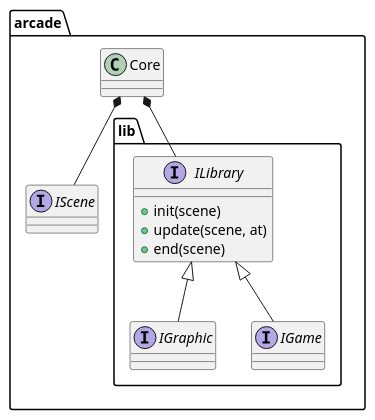
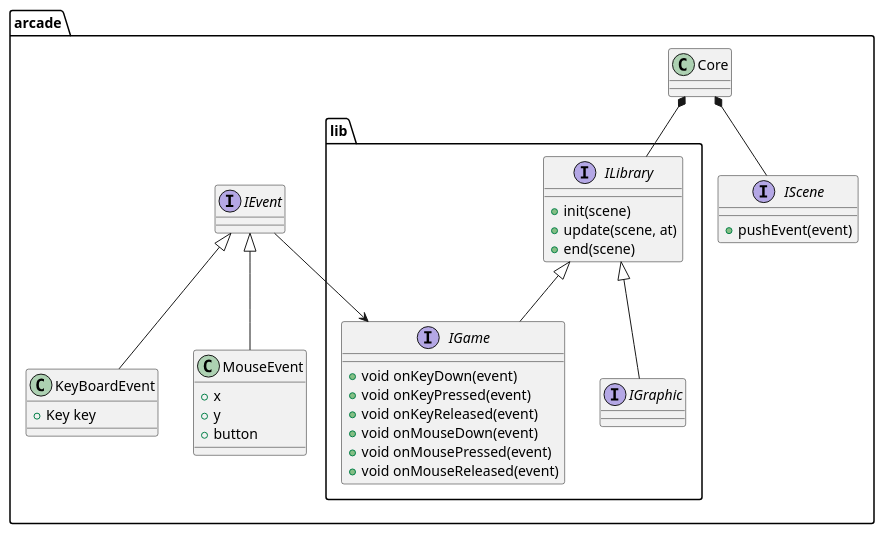
The diagram in doc/src/class_arcade.pu (Pebloop/Arcade-Toulouse), drawn with PlantUML before and after one commit. The commit also changed 6 other files, not shown here.

Commit message:
[ADD] pushEvent & IEvent

```diff
--- a/doc/src/class_arcade.pu
+++ b/doc/src/class_arcade.pu
@@ -1,33 +1,60 @@
 @startuml core
 
 set namespaceSeparator ::
 
 namespace arcade {
     class Core
 
     namespace lib {
 
         interface ILibrary {
             + init(scene)
             + update(scene, at)
             + end(scene)
         }
 
         interface IGraphic {
         }
 
         interface IGame {
+            + void onKeyDown(event)
+            + void onKeyPressed(event)
+            + void onKeyReleased(event)
+            + void onMouseDown(event)
+            + void onMousePressed(event)
+            + void onMouseReleased(event)
         }
 
     }
 
-    interface IScene
+    interface IScene {
+        + pushEvent(event)
+    }
+
+    interface IEvent {
+
+    }
+
+    class KeyBoardEvent {
+        + Key key
+    }
+
+    class MouseEvent {
+        + x
+        + y
+        + button
+    }
+
+    arcade::KeyBoardEvent -up-|> arcade::IEvent
+    arcade::MouseEvent -up-|> arcade::IEvent
+
+    arcade::IEvent --> arcade::lib::IGame
 
     arcade::lib::ILibrary -up-* arcade::Core
     arcade::lib::IGraphic -up-|> arcade::lib::ILibrary
     arcade::lib::IGame -up-|> arcade::lib::ILibrary
     arcade::IScene -up-* arcade::Core
 
 }
 
 @enduml
```
